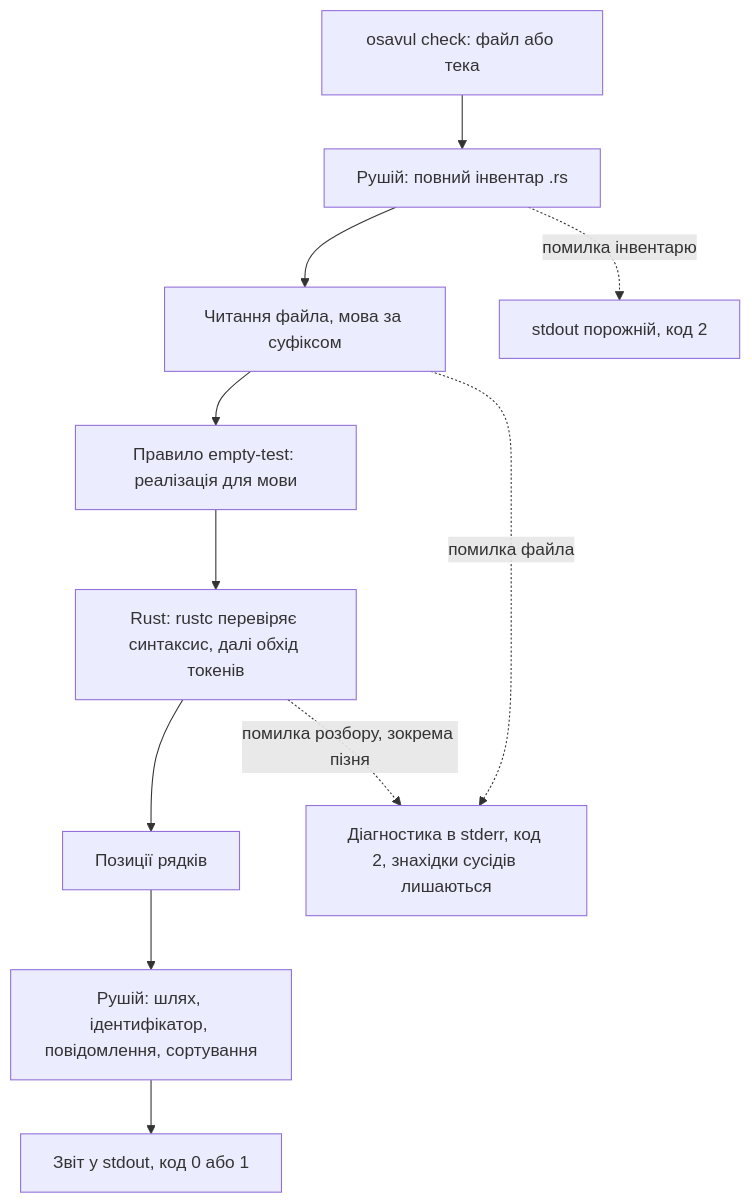
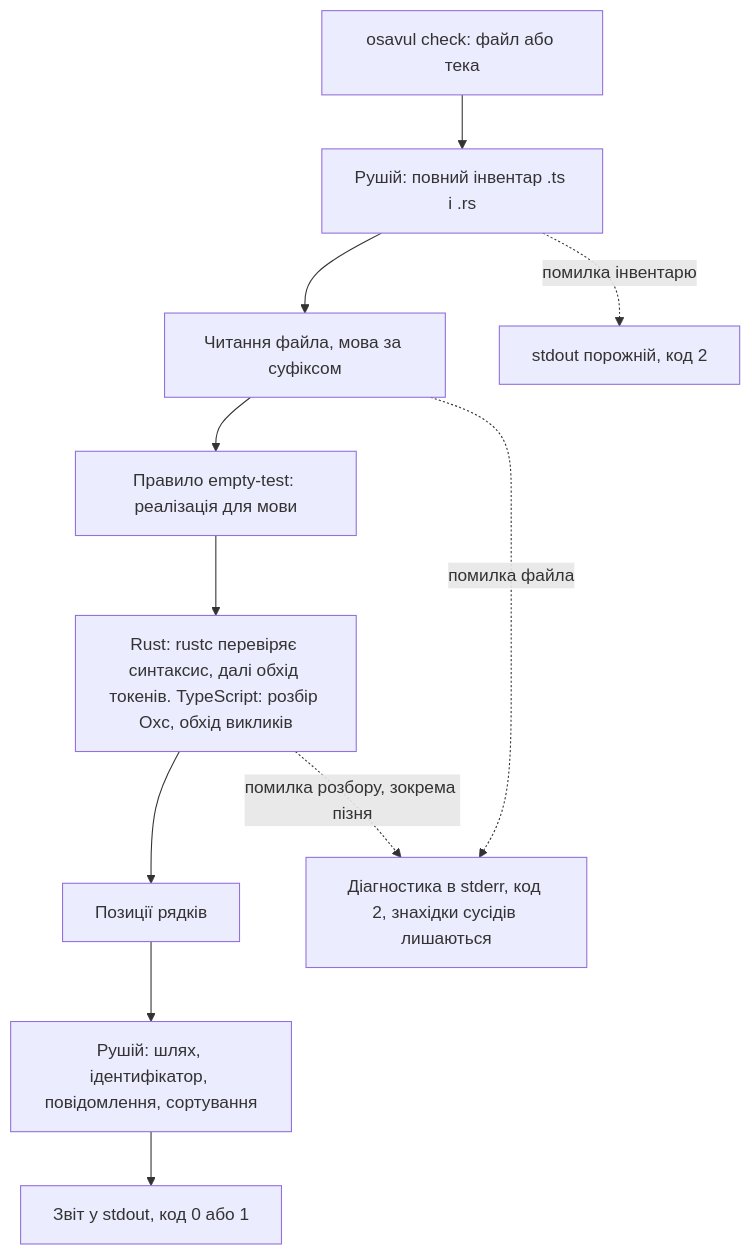
The first of 2 diagrams in docs/architecture/overview.md (maksym-shpak/osavul), drawn with Mermaid before and after one commit. The commit also changed other lines of this file and 21 other files, not shown here.

First line of the commit message:
feat(check): add TypeScript empty-test detection and shared corpus

````diff
--- a/docs/architecture/overview.md
+++ b/docs/architecture/overview.md
@@ -3,13 +3,13 @@
 ```mermaid
 flowchart TD
-  CMD["osavul check: файл або тека"] --> INV["Рушій: повний інвентар .rs"]
+  CMD["osavul check: файл або тека"] --> INV["Рушій: повний інвентар .ts і .rs"]
   INV --> READ["Читання файла, мова за суфіксом"]
   READ --> RULE["Правило empty-test: реалізація для мови"]
-  RULE --> SYN["Rust: rustc перевіряє синтаксис, далі обхід токенів"]
+  RULE --> SYN["Rust: rustc перевіряє синтаксис, далі обхід токенів. TypeScript: розбір Oxc, обхід викликів"]
   SYN --> POS["Позиції рядків"]
   POS --> ENG["Рушій: шлях, ідентифікатор, повідомлення, сортування"]
   ENG --> OUT["Звіт у stdout, код 0 або 1"]
   INV -. помилка інвентарю .-> FATAL["stdout порожній, код 2"]
   READ -. помилка файла .-> FILEERR["Діагностика в stderr, код 2, знахідки сусідів лишаються"]
   SYN -. помилка розбору, зокрема пізня .-> FILEERR
 ```
````
